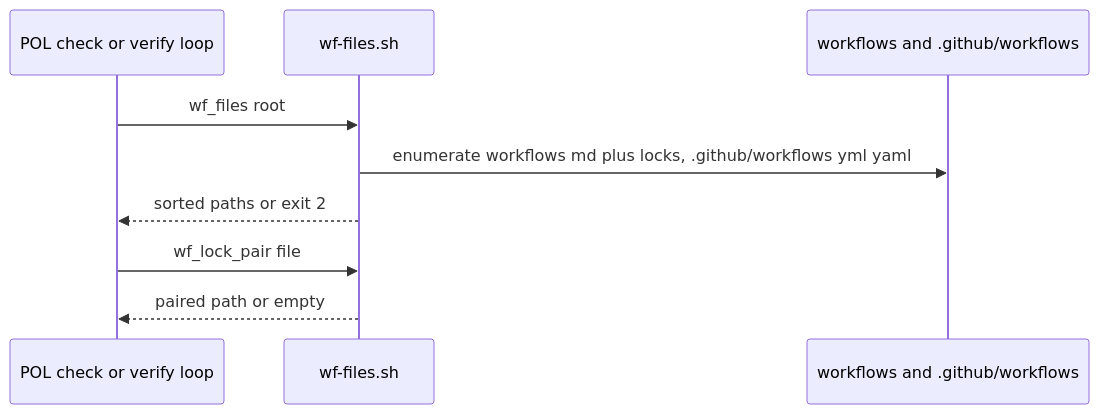
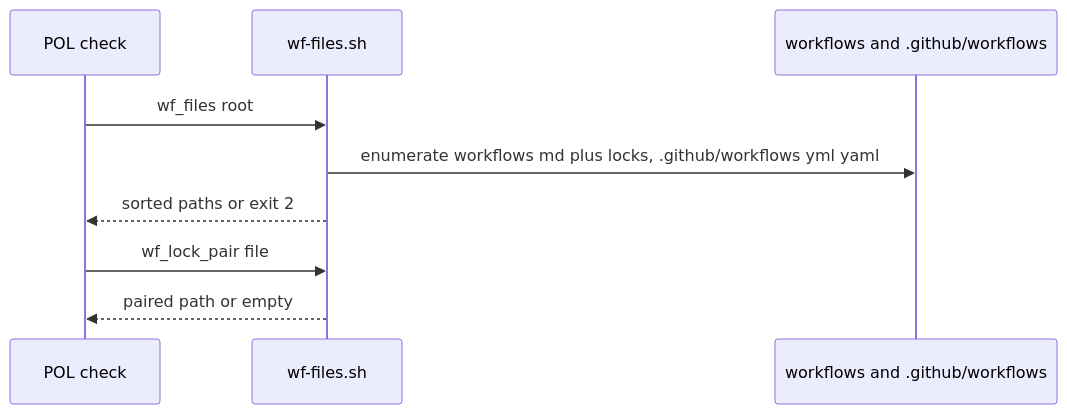
One commit to svennijhuis/agentic-workflows changed the first of 2 diagrams in docs/pbi/verify/WF01.md. Above: the diagram before and after it, drawn with Mermaid. The commit also changed other lines of this file and 3 other files, not shown here.

````diff
--- a/docs/pbi/verify/WF01.md
+++ b/docs/pbi/verify/WF01.md
@@ -57,11 +58,11 @@
 ```mermaid
 sequenceDiagram
-  participant P as POL check or verify loop
+  participant P as POL check
   participant W as wf-files.sh
   participant FS as workflows and .github/workflows
   P->>W: wf_files root
   W->>FS: enumerate workflows md plus locks, .github/workflows yml yaml
   W-->>P: sorted paths or exit 2
   P->>W: wf_lock_pair file
   W-->>P: paired path or empty
 ```
````
